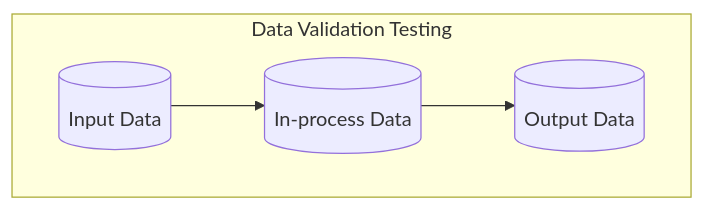
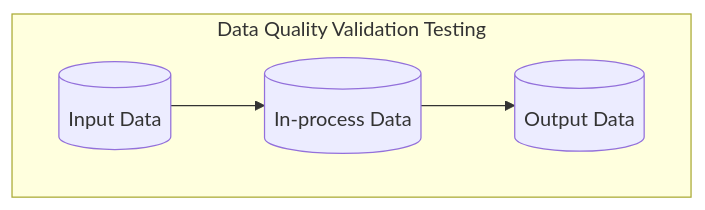
Before and after one commit to CU-DBMI/set-website: the first of 2 diagrams in _posts/2023-10-04-Data-Quality-Checks.md, drawn with Mermaid. The commit also changed other lines of this file, not shown here.

Commit message:
data verification

````diff
--- a/_posts/2023-10-04-Data-Quality-Checks.md
+++ b/_posts/2023-10-04-Data-Quality-Checks.md
@@ -44,11 +44,11 @@
 ```mermaid!
 flowchart LR
-    subgraph local ["Data Validation Testing"]
+    subgraph local ["Data Quality Validation Testing"]
         direction LR
         input_data[(Input Data)]
         process_data[(In-process Data)]
         output_data[(Output Data)]
     end
 
     input_data --> process_data --> output_data
 ```
````
